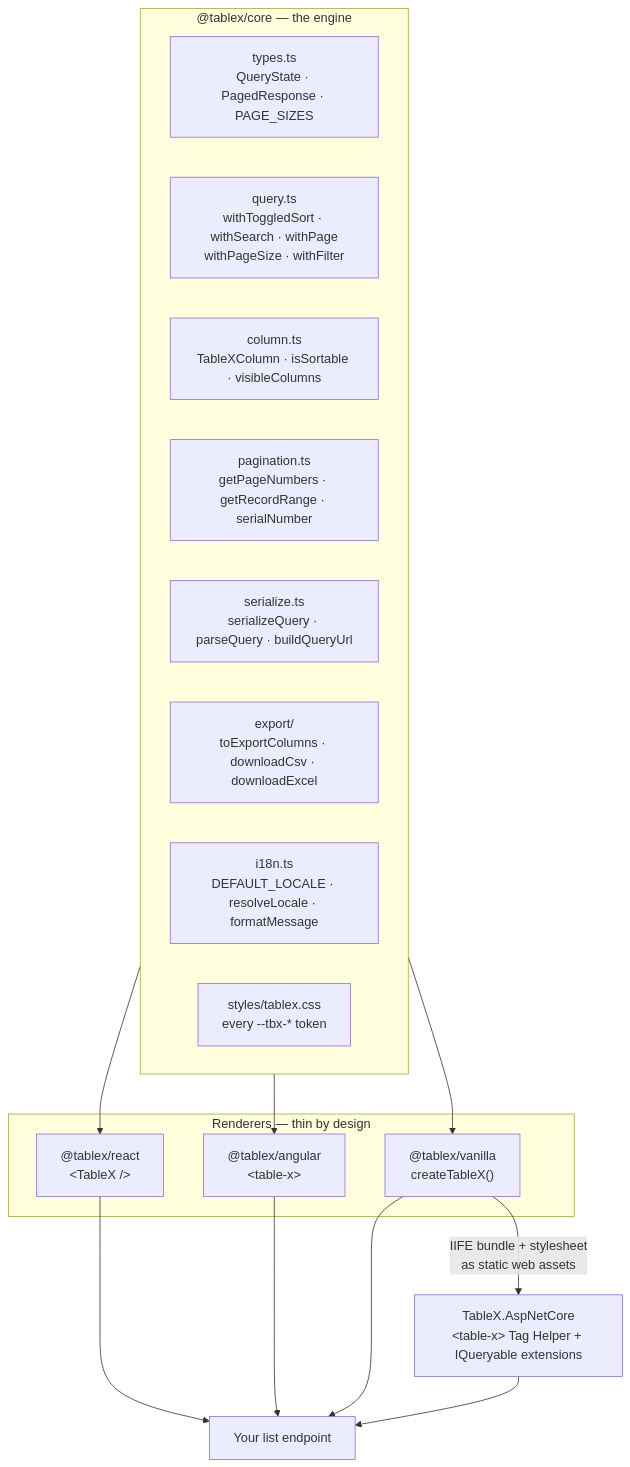
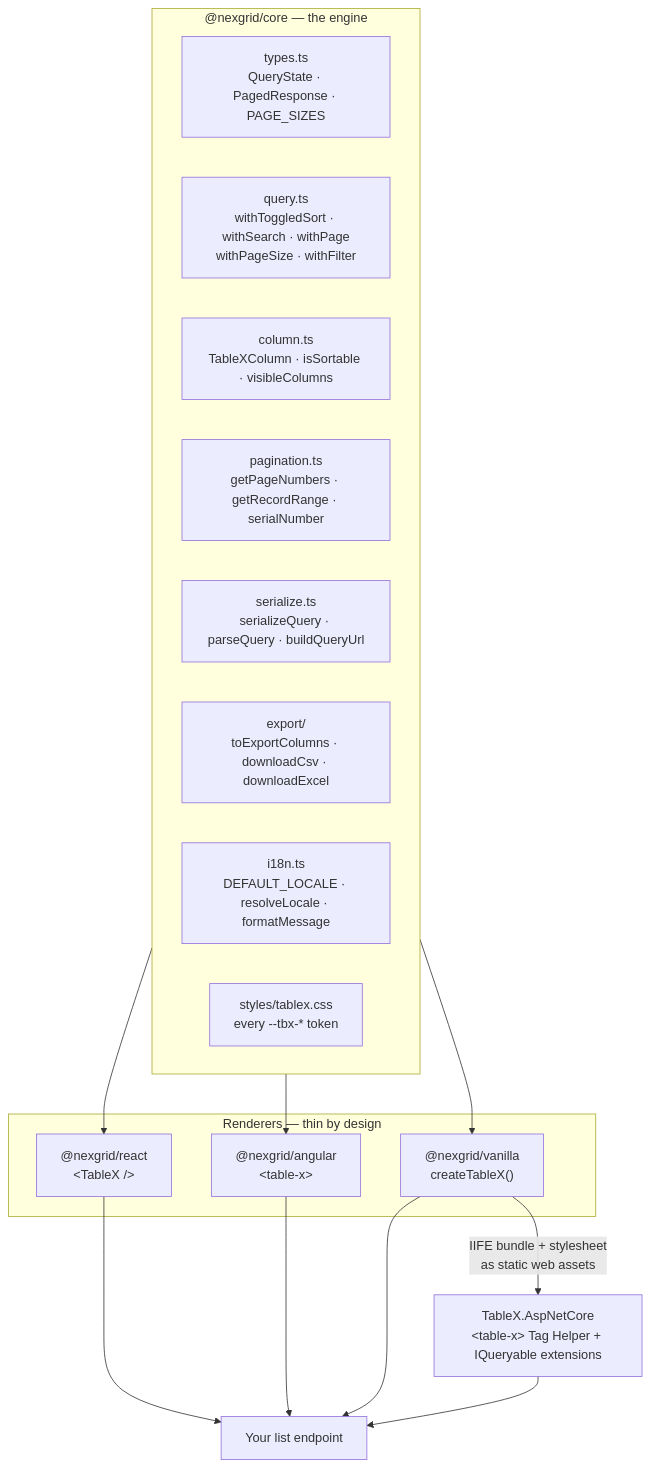
Before and after one commit to ChhaganSinha/NexGrid: the first of 2 diagrams in docs/concepts.md, drawn with Mermaid. The commit also changed other lines of this file and 86 other files, not shown here.

````diff
--- a/docs/concepts.md
+++ b/docs/concepts.md
@@ -47,31 +47,31 @@
 ```mermaid
 graph TD
-    subgraph engine["@tablex/core — the engine"]
+    subgraph engine["@nexgrid/core — the engine"]
         T["types.ts<br/>QueryState · PagedResponse · PAGE_SIZES"]
         Q["query.ts<br/>withToggledSort · withSearch · withPage<br/>withPageSize · withFilter"]
         C["column.ts<br/>TableXColumn · isSortable · visibleColumns"]
         P["pagination.ts<br/>getPageNumbers · getRecordRange · serialNumber"]
         S["serialize.ts<br/>serializeQuery · parseQuery · buildQueryUrl"]
         X["export/<br/>toExportColumns · downloadCsv · downloadExcel"]
         I["i18n.ts<br/>DEFAULT_LOCALE · resolveLocale · formatMessage"]
         CSS["styles/tablex.css<br/>every --tbx-* token"]
     end
 
     subgraph adapters["Renderers — thin by design"]
-        R["@tablex/react<br/>&lt;TableX /&gt;"]
-        A["@tablex/angular<br/>&lt;table-x&gt;"]
-        V["@tablex/vanilla<br/>createTableX()"]
+        R["@nexgrid/react<br/>&lt;TableX /&gt;"]
+        A["@nexgrid/angular<br/>&lt;table-x&gt;"]
+        V["@nexgrid/vanilla<br/>createTableX()"]
     end
 
     N["TableX.AspNetCore<br/>&lt;table-x&gt; Tag Helper + IQueryable extensions"]
 
     engine --> R
     engine --> A
     engine --> V
     V -- "IIFE bundle + stylesheet<br/>as static web assets" --> N
 
     R --> API["Your list endpoint"]
     A --> API
     V --> API
     N --> API
 ```
````
